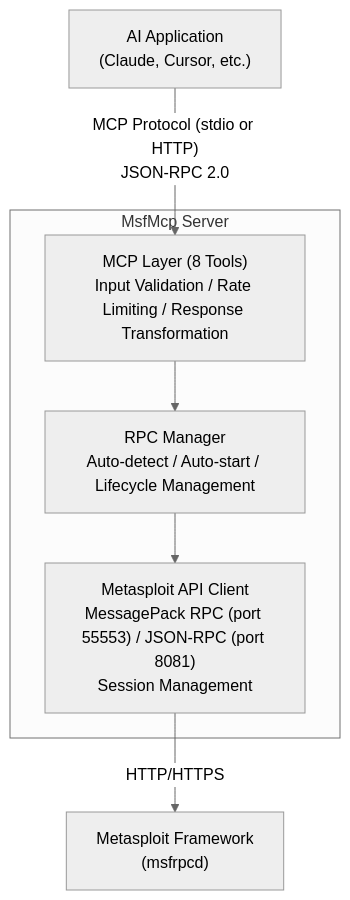
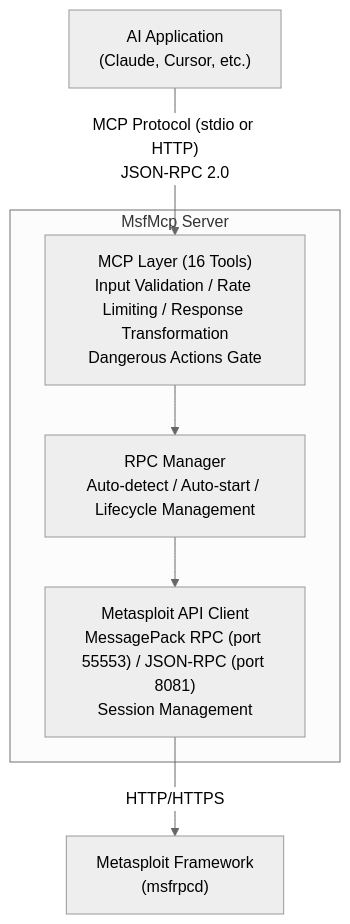
Before and after one commit to rapid7/metasploit-framework: the diagram in docs/metasploit-framework.wiki/How-to-use-Metasploit-MCP-Server.md, drawn with Mermaid (neutral theme). The commit also changed other lines of this file and 58 other files, not shown here.

First line of the commit message:
Add new MCP tools

````diff
--- a/docs/metasploit-framework.wiki/How-to-use-Metasploit-MCP-Server.md
+++ b/docs/metasploit-framework.wiki/How-to-use-Metasploit-MCP-Server.md
@@ -7,18 +10,18 @@
 ```mermaid
 flowchart TD
     ai_app["AI Application<br>(Claude, Cursor, etc.)"]
 
     subgraph msfmcp_server["MsfMcp Server"]
-        mcp_layer["MCP Layer (8 Tools)<br>Input Validation / Rate Limiting / Response Transformation"]
+        mcp_layer["MCP Layer (16 Tools)<br>Input Validation / Rate Limiting / Response Transformation<br>Dangerous Actions Gate"]
         rpc_manager["RPC Manager<br>Auto-detect / Auto-start / Lifecycle Management"]
         api_client["Metasploit API Client<br>MessagePack RPC (port 55553) / JSON-RPC (port 8081)<br>Session Management"]
 
         mcp_layer --> rpc_manager
         rpc_manager --> api_client
     end
 
     msf["Metasploit Framework<br>(msfrpcd)"]
 
     ai_app -- "MCP Protocol (stdio or HTTP)<br>JSON-RPC 2.0" --> mcp_layer
     api_client -- "HTTP/HTTPS" --> msf
 ```
````
